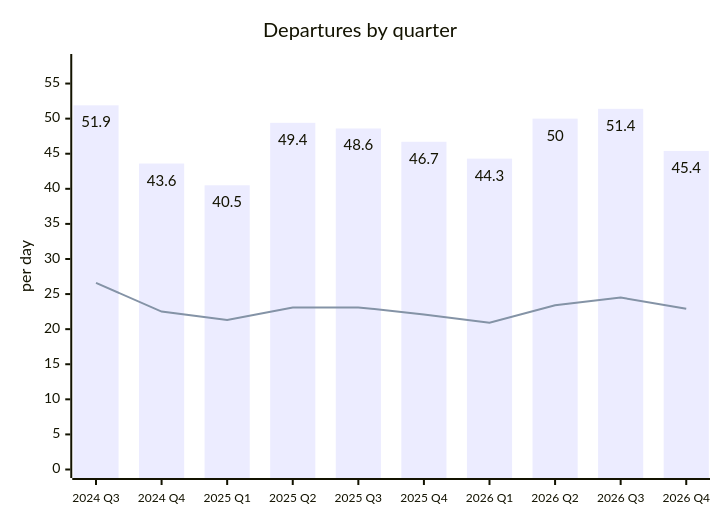
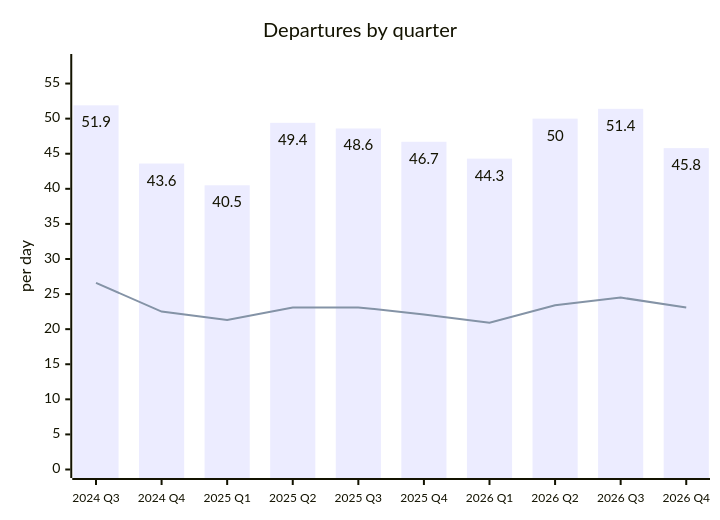
One commit to rainermesi/tll-airport-departures changed the second of 2 diagrams in README.md. Above: the diagram before and after it, drawn with Mermaid. The commit also changed other lines of this file and 3 other files, not shown here.

````diff
--- a/README.md
+++ b/README.md
@@ -82,15 +82,15 @@
 ```mermaid
 ---
 config:
   xyChart:
     showDataLabel: true
     xAxis:
       labelFontSize: 12
 ---
 xychart-beta
     title "Departures by quarter"
     x-axis ["2024 Q3", "2024 Q4", "2025 Q1", "2025 Q2", "2025 Q3", "2025 Q4", "2026 Q1", "2026 Q2", "2026 Q3", "2026 Q4"]
     y-axis "per day" 0 --> 58
-    bar [51.9, 43.6, 40.5, 49.4, 48.6, 46.7, 44.3, 50.0, 51.4, 45.4]
-    line [26.6, 22.5, 21.3, 23.1, 23.1, 22.1, 20.9, 23.4, 24.5, 22.9]
+    bar [51.9, 43.6, 40.5, 49.4, 48.6, 46.7, 44.3, 50.0, 51.4, 45.8]
+    line [26.6, 22.5, 21.3, 23.1, 23.1, 22.1, 20.9, 23.4, 24.5, 23.1]
 ```
````
